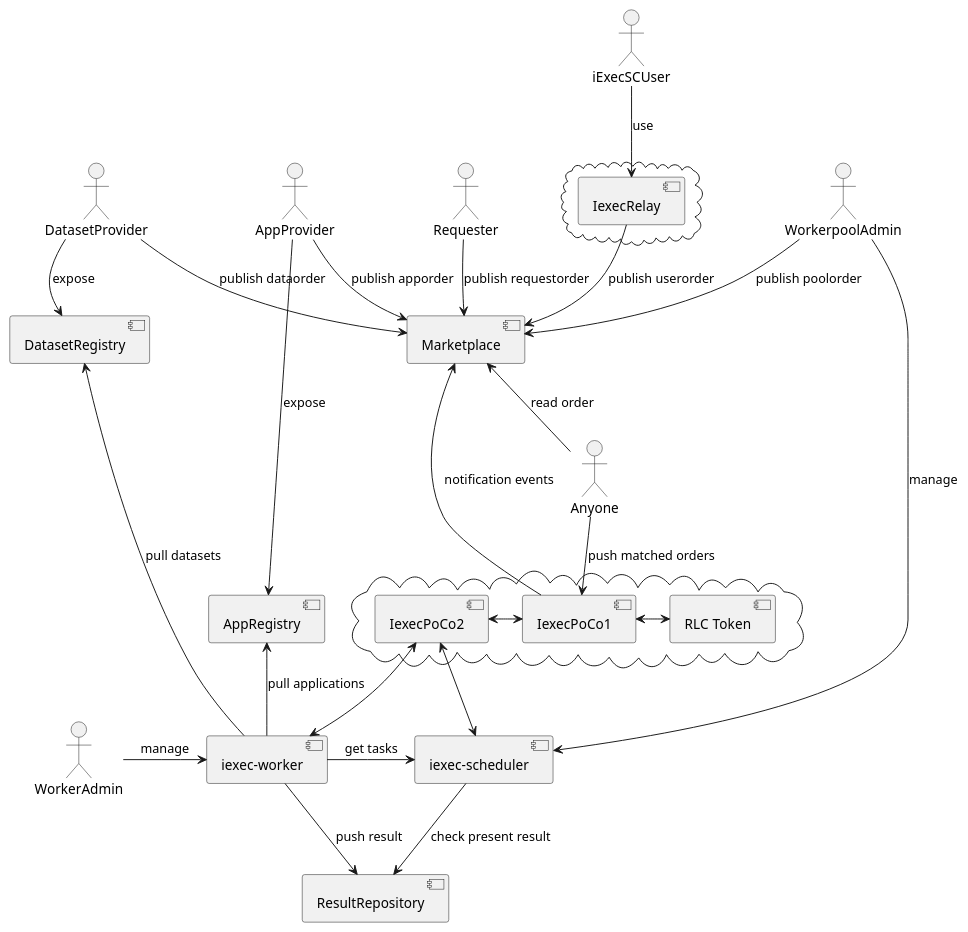
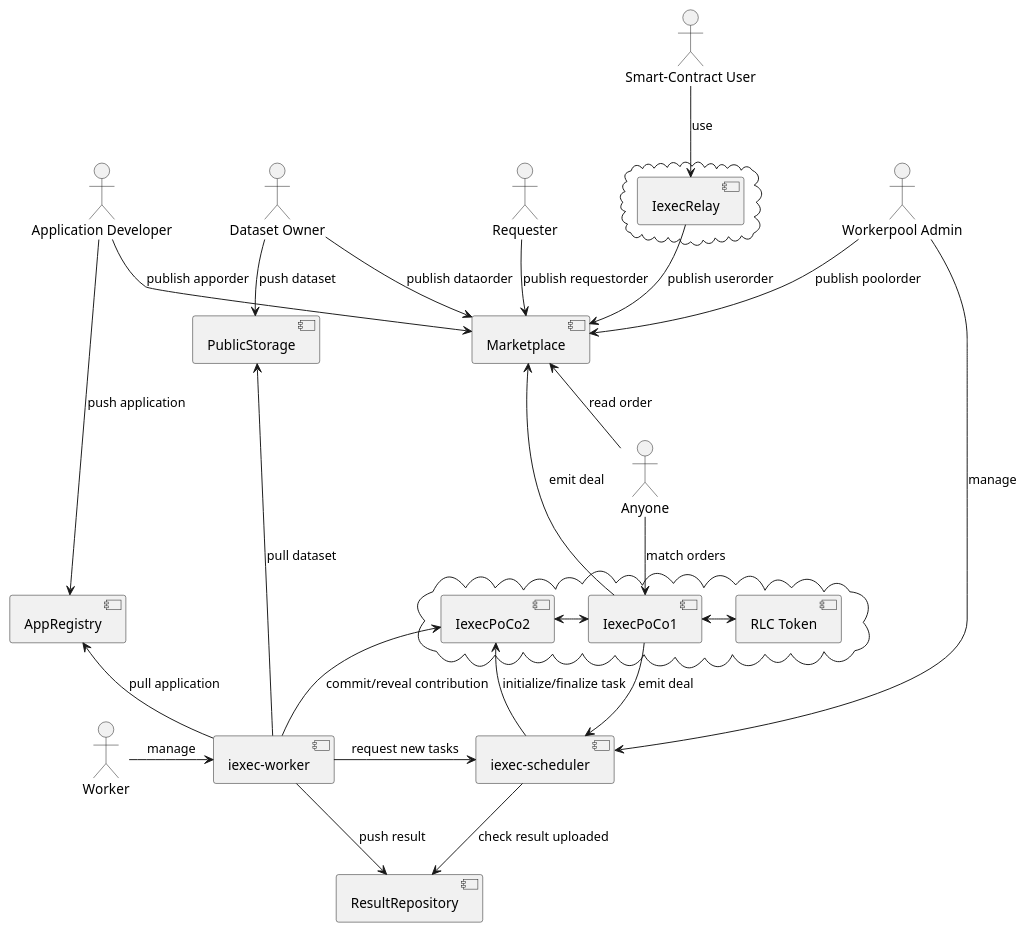
One commit to iExecBlockchainComputing/PoCo changed the diagram in uml/architecture-ODB.puml. Above: the diagram before and after it, drawn with PlantUML. The commit also changed 1 other file, not shown here.

```diff
--- a/uml/architecture-ODB.puml
+++ b/uml/architecture-ODB.puml
@@ -1,57 +1,50 @@
 @startuml
-:iExecSCUser:
-:AppProvider:
-:DatasetProvider:
-:WorkerpoolAdmin:
-:WorkerAdmin:
+:iExecSCUser: as "Smart-Contract User"
+:AppProvider: as "Application Developer"
+:DatasetProvider: as "Dataset Owner"
+:WorkerpoolAdmin: as "Workerpool Admin"
+:WorkerAdmin: as "Worker"
 :Requester:
 :Anyone:
-
 cloud {
-[IexecRelay]
+    [IexecRelay]
 }
 component [IexecRelay]
 iExecSCUser -down-> [IexecRelay]: use
-
 component [Marketplace]
 [IexecRelay] -down-> [Marketplace]: publish userorder
 AppProvider -down-> [Marketplace]: publish apporder
 DatasetProvider -down-> [Marketplace]: publish dataorder
 WorkerpoolAdmin -down-> [Marketplace]: publish poolorder
 Requester  -down-> [Marketplace]: publish requestorder
 Anyone -up-> [Marketplace]: read order
-
 cloud {
-[IexecPoCo1]
-[IexecPoCo2]
-[RLC Token]
+    [IexecPoCo1]
+    [IexecPoCo2]
+    [RLC Token]
 }
 component [IexecPoCo1]
 component [IexecPoCo2]
 component [RLC Token]
 [IexecPoCo2] <-right-> [IexecPoCo1]
 [IexecPoCo1] <-right-> [RLC Token]
-
-Anyone -down-> [IexecPoCo1]: push matched orders
-[IexecPoCo1] -up-> [Marketplace]: notification events
-
-[iexec-scheduler] <-up-> [IexecPoCo2]
-[iexec-worker] <-up-> [IexecPoCo2]
-
+Anyone -down-> [IexecPoCo1]: match orders
+[IexecPoCo1] -up-> [Marketplace]: emit deal
+[IexecPoCo1] -up-> [iexec-scheduler]: emit deal
+[iexec-scheduler] -up-> [IexecPoCo2]: initialize/finalize task
+[iexec-worker] -up-> [IexecPoCo2]: commit/reveal contribution
 component [AppRegistry]
-component [DatasetRegistry]
+component [PublicStorage]
 component [iexec-scheduler]
 component [iexec-worker]
 component [ResultRepository]
-
-AppProvider -down-> AppRegistry: expose
-DatasetProvider -down-> DatasetRegistry: expose 
+AppProvider -down-> AppRegistry: push application
+DatasetProvider -down-> PublicStorage: push dataset
 WorkerpoolAdmin -down-> [iexec-scheduler]: manage
-
 [WorkerAdmin] -right-> [iexec-worker]: manage
-[iexec-worker] -right-> [iexec-scheduler]: get tasks
-[iexec-worker] -up-> [AppRegistry]: pull applications
-[iexec-worker] -up-> [DatasetRegistry]: pull datasets
+[iexec-worker] -right-> [iexec-scheduler]: request new tasks
+[iexec-worker] -up-> [AppRegistry]: pull application
+[iexec-worker] -up-> [PublicStorage]: pull dataset
 [iexec-worker] -down-> [ResultRepository]: push result
-[iexec-scheduler] -right-> [ResultRepository]: check present result
+[iexec-scheduler] -right-> [ResultRepository]: check result uploaded
 @enduml
```
